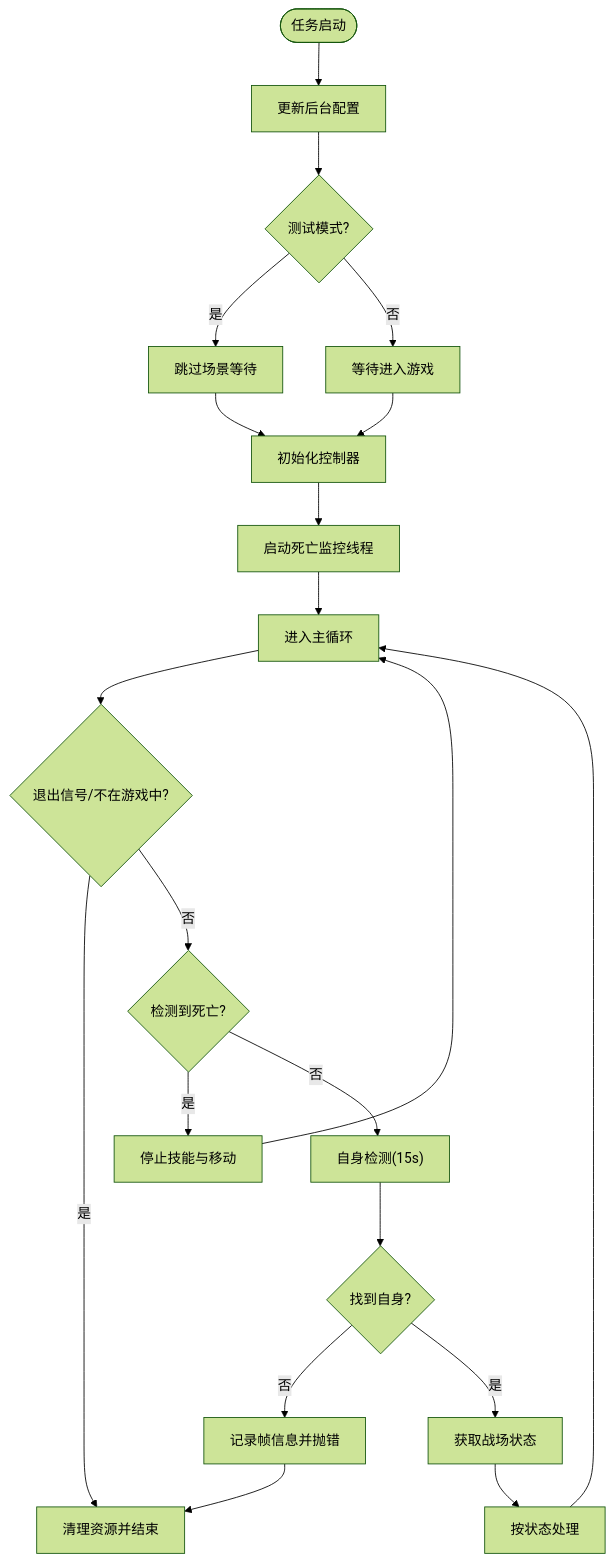
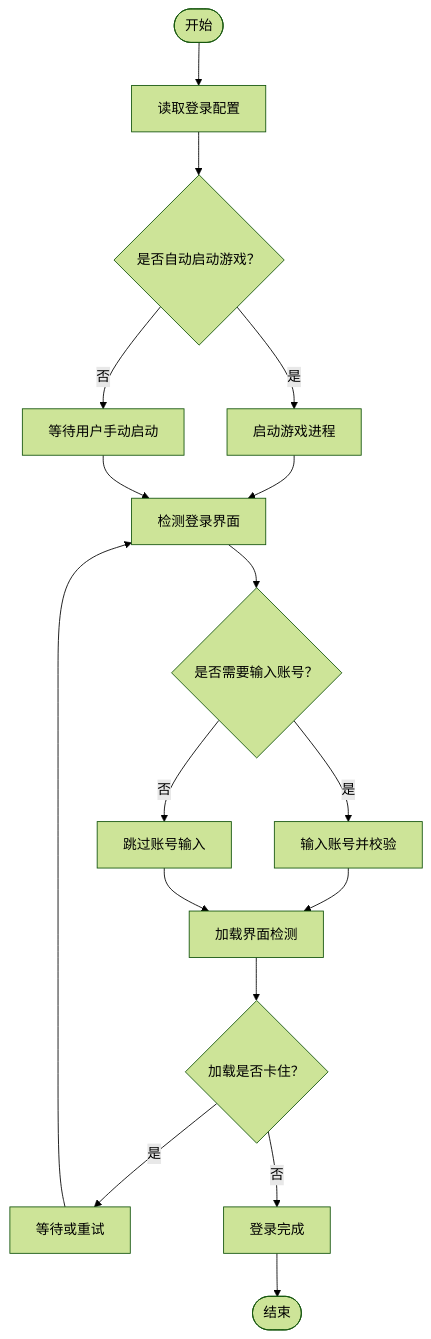
The third of 5 diagrams in .qoder/repowiki/zh/content/快速开始.md (xsy098-max/ok-jump), drawn with Mermaid (forest theme) before and after one commit. The commit also changed other lines of this file and 216 other files, not shown here.

````diff
--- a/.qoder/repowiki/zh/content/快速开始.md
+++ b/.qoder/repowiki/zh/content/快速开始.md
@@ -184,21 +179,19 @@
 ```mermaid
 flowchart TD
-Start(["任务启动"]) --> InitBG["更新后台配置"]
-InitBG --> TestMode{"测试模式?"}
-TestMode --> |是| SkipWait["跳过场景等待"]
-TestMode --> |否| WaitGame["等待进入游戏"]
-WaitGame --> InitCtrls["初始化控制器"]
-SkipWait --> InitCtrls
-InitCtrls --> DeathMon["启动死亡监控线程"]
-DeathMon --> Loop["进入主循环"]
-Loop --> Exit{"退出信号/不在游戏中?"}
-Exit --> |是| Cleanup["清理资源并结束"]
-Exit --> |否| CheckDeath{"检测到死亡?"}
-CheckDeath --> |是| StopAll["停止技能与移动"] --> Loop
-CheckDeath --> |否| DetectSelf["自身检测(15s)"]
-DetectSelf --> SelfOK{"找到自身?"}
-SelfOK --> |否| LogErr["记录帧信息并抛错"] --> Cleanup
-SelfOK --> |是| BattleState["获取战场状态"]
-BattleState --> HandleState["按状态处理"]
-HandleState --> Loop
+Start(["开始"]) --> CheckCfg["读取登录配置"]
+CheckCfg --> AutoStart{"是否自动启动游戏？"}
+AutoStart --> |是| Launch["启动游戏进程"]
+AutoStart --> |否| WaitUser["等待用户手动启动"]
+Launch --> Detect["检测登录界面"]
+WaitUser --> Detect
+Detect --> InputAcc{"是否需要输入账号？"}
+InputAcc --> |是| TypeAcc["输入账号并校验"]
+InputAcc --> |否| SkipAcc["跳过账号输入"]
+TypeAcc --> LoadDetect["加载界面检测"]
+SkipAcc --> LoadDetect
+LoadDetect --> Loading{"加载是否卡住？"}
+Loading --> |是| Retry["等待或重试"]
+Loading --> |否| Done["登录完成"]
+Retry --> Detect
+Done --> End(["结束"])
 ```
````
